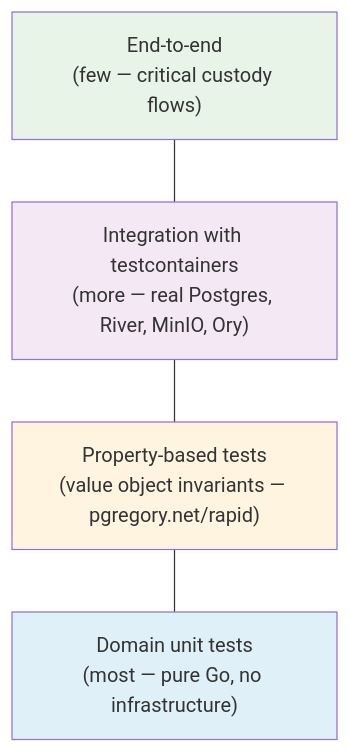
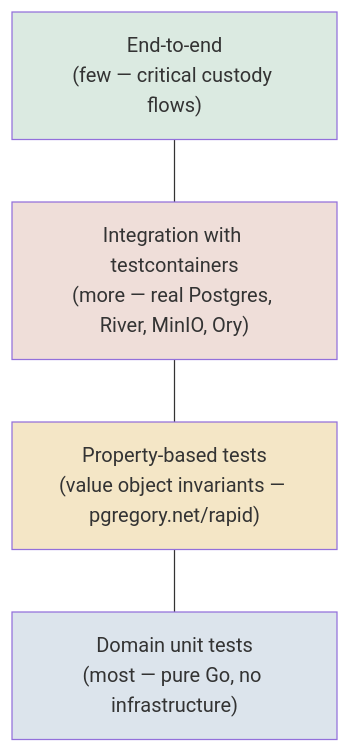
Before and after one commit to nlawstudio/ai-refinement-method: diagram 11 of 17 in METHOD.md, drawn with Mermaid. The commit also changed other lines of this file and 1 other file, not shown here.

````diff
--- a/METHOD.md
+++ b/METHOD.md
@@ -969,16 +990,16 @@
 ```mermaid
 flowchart TB
     E2E["End-to-end<br/>(few — critical custody flows)"]
     INT["Integration with testcontainers<br/>(more — real Postgres, River, MinIO, Ory)"]
     PROP["Property-based tests<br/>(value object invariants — pgregory.net/rapid)"]
     UNIT["Domain unit tests<br/>(most — pure Go, no infrastructure)"]
 
     E2E --- INT
     INT --- PROP
     PROP --- UNIT
 
-    style UNIT fill:#e0f0f8
-    style PROP fill:#fff4e0
-    style INT fill:#f4e8f4
-    style E2E fill:#e8f4e8
+    style UNIT fill:#DCE4EC
+    style PROP fill:#F4E6C6
+    style INT fill:#EFDED9
+    style E2E fill:#DBEAE1
 ```
````
